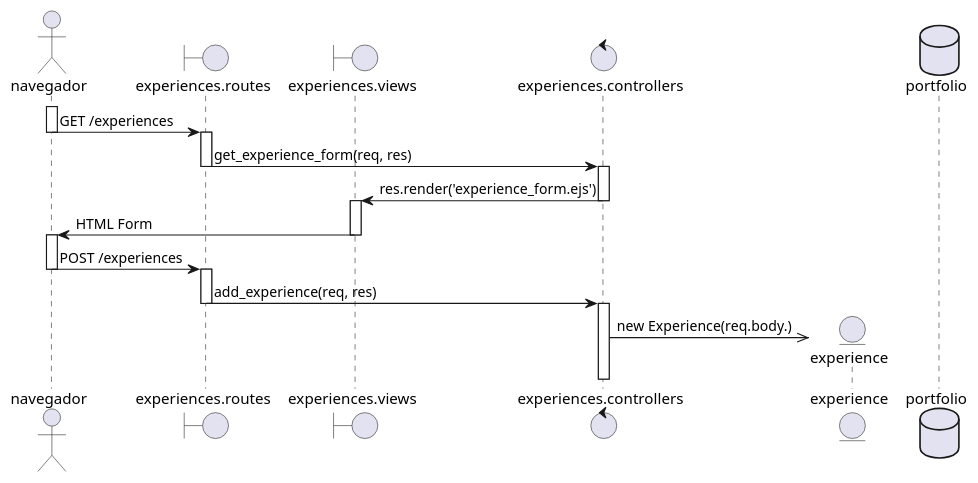
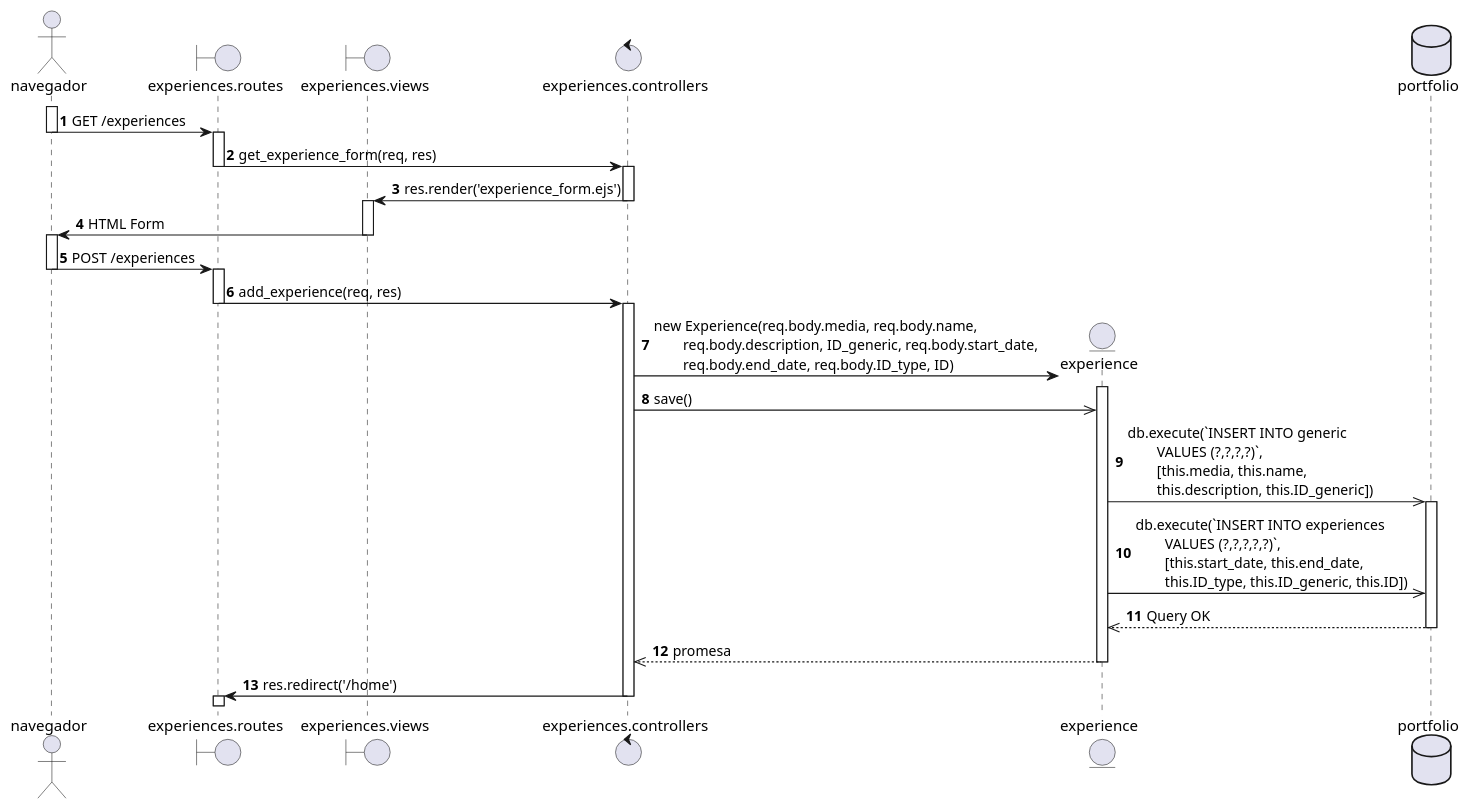
One commit to YaelChar417/portfolio changed the diagram in Diagramas/Secuencia/CU10_A_Registrar_experiencia_educacion.puml. Above: the diagram before and after it, drawn with PlantUML. The commit also changed 6 other files, not shown here.

Commit message:
Feature & update: diagrama de secuencia del CU10 terminado y agregado numeracion al CU 10, 09 y 08

```diff
--- a/Diagramas/Secuencia/CU10_A_Registrar_experiencia_educacion.puml
+++ b/Diagramas/Secuencia/CU10_A_Registrar_experiencia_educacion.puml
@@ -1,39 +1,54 @@
 @startuml
 
 actor navegador as nav
 boundary "experiences.routes" as routes
 boundary "experiences.views" as view
 control "experiences.controllers" as controller
-
+autonumber
 
 activate nav
 nav -> routes: GET /experiences
 deactivate nav
 
 activate routes
 routes -> controller: get_experience_form(req, res)
 deactivate routes
 
 activate controller
 controller -> view: res.render('experience_form.ejs')
 deactivate controller
 
 activate view
 view -> nav: HTML Form
 deactivate view
 
 activate nav
 nav -> routes: POST /experiences
 deactivate nav
 
 activate routes
 routes -> controller: add_experience(req, res)
 deactivate routes
 
 activate controller
 create entity experience
-controller ->> experience: new Experience(req.body.)
+controller -> experience: new Experience(req.body.media, req.body.name, \n\treq.body.description, ID_generic, req.body.start_date, \n\treq.body.end_date, req.body.ID_type, ID)
+activate experience
+controller ->> experience: save()
 
-database portfolio as db
+database portfolio as db  
+experience ->> db: db.execute(`INSERT INTO generic \n\tVALUES (?,?,?,?)`, \n\t[this.media, this.name, \n\tthis.description, this.ID_generic])
+activate db
+experience ->> db: db.execute(`INSERT INTO experiences \n\tVALUES (?,?,?,?,?)`, \n\t[this.start_date, this.end_date, \n\tthis.ID_type, this.ID_generic, this.ID])
+
+db -->> experience: Query OK
+deactivate db
+
+experience -->> controller: promesa
+deactivate experience
+
+controller -> routes: res.redirect('/home')
+deactivate controller
+activate routes
 
 @enduml
```
